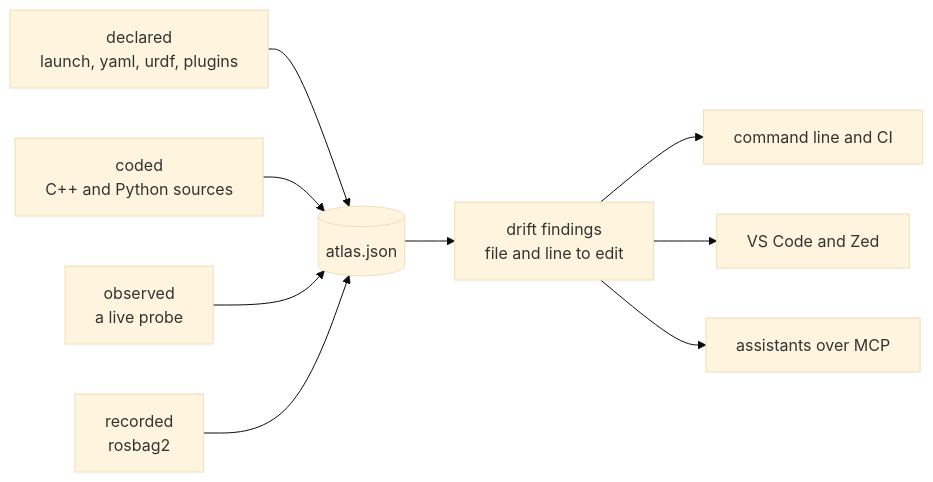
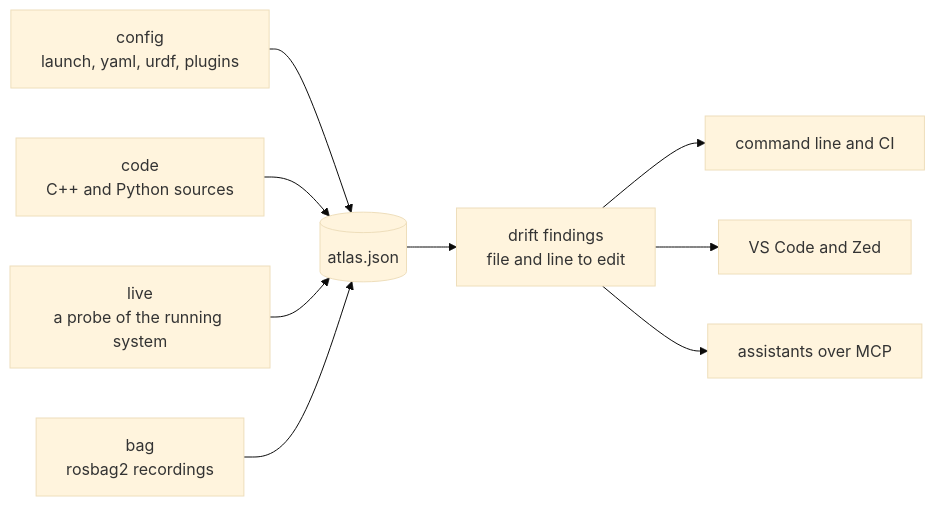
Before and after one commit to sa1ntsinner/rosio: the diagram in README.md, drawn with Mermaid (base theme).

Commit message:
readme diagram: config, code, live, bag

````diff
--- a/README.md
+++ b/README.md
@@ -24,11 +24,11 @@
 ```mermaid
 flowchart LR
-  D["declared<br/>launch, yaml, urdf, plugins"] --> A
-  C["coded<br/>C++ and Python sources"] --> A
-  O["observed<br/>a live probe"] --> A
-  R["recorded<br/>rosbag2"] --> A
+  D["config<br/>launch, yaml, urdf, plugins"] --> A
+  C["code<br/>C++ and Python sources"] --> A
+  O["live<br/>a probe of the running system"] --> A
+  R["bag<br/>rosbag2 recordings"] --> A
   A[("atlas.json")] --> F["drift findings<br/>file and line to edit"]
   F --> CLI[command line and CI]
   F --> ED[VS Code and Zed]
   F --> AG[assistants over MCP]
 ```
````
